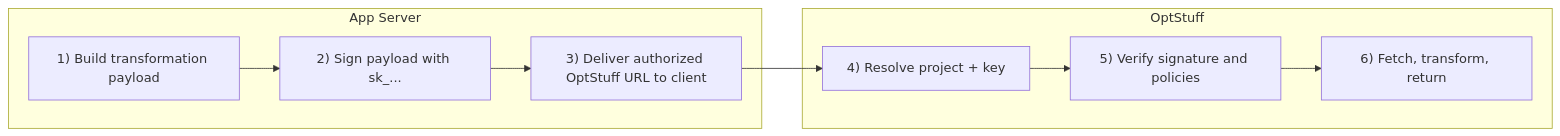
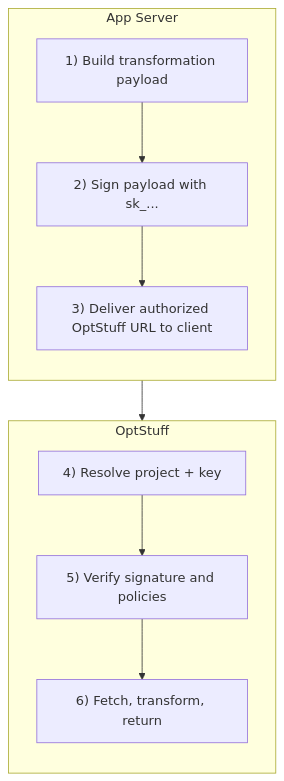
One commit to EricTsai83/optstuff changed the first of 2 diagrams in apps/docs/content/docs/introduction/core-concepts.mdx. Above: the diagram before and after it, drawn with Mermaid. The commit also changed other lines of this file and 2 other files, not shown here.

First line of the commit message:
Refactor architecture diagrams and enhance core concepts documentation

````diff
--- a/apps/docs/content/docs/introduction/core-concepts.mdx
+++ b/apps/docs/content/docs/introduction/core-concepts.mdx
@@ -36,12 +49,14 @@
 ```mermaid
-flowchart LR
+flowchart TB
   subgraph AppServer["App Server"]
+    direction TB
     A1["1) Build transformation payload"] --> A2["2) Sign payload with sk_..."] --> A3["3) Deliver authorized OptStuff URL to client"]
   end
 
   subgraph OptStuff["OptStuff"]
+    direction TB
     B1["4) Resolve project + key"] --> B2["5) Verify signature and policies"] --> B3["6) Fetch, transform, return"]
   end
 
   A3 --> B1
 ```
````
